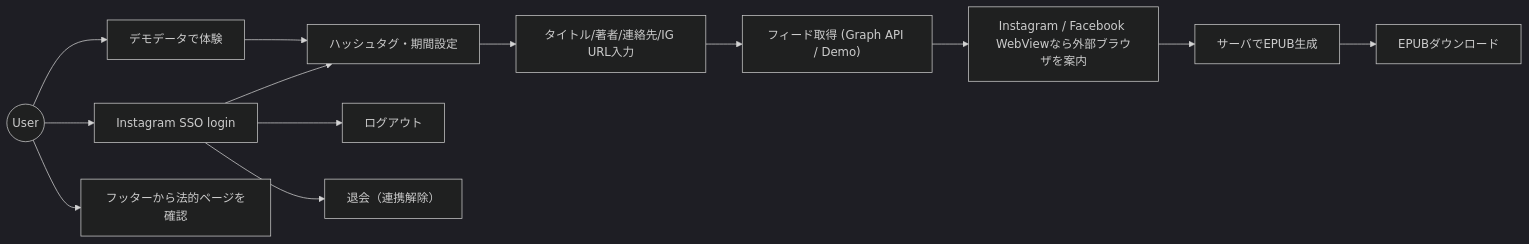
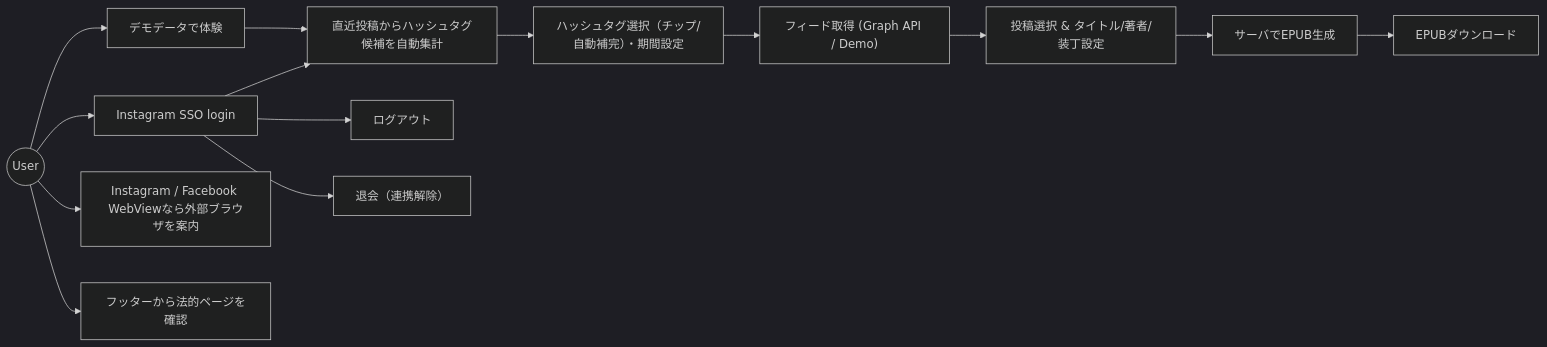
The diagram in docs/designdoc/flowchart LR.mmd (1021ky/instagram-feed-epublisher), drawn with Mermaid (dark theme) before and after one commit. The commit also changed 76 other files, not shown here.

```diff
--- a/docs/designdoc/flowchart LR.mmd
+++ b/docs/designdoc/flowchart LR.mmd
@@ -1,21 +1,22 @@
 flowchart LR
     %% @mermaid-chart
     actor((User))
     login["Instagram SSO login"]
     demo["デモデータで体験"]
-    filters["ハッシュタグ・期間設定"]
-    meta["タイトル/著者/連絡先/IG URL入力"]
+    suggestions["直近投稿からハッシュタグ候補を自動集計"]
+    filters["ハッシュタグ選択（チップ/自動補完）・期間設定"]
     fetch["フィード取得 (Graph API / Demo)"]
+    meta["投稿選択 & タイトル/著者/装丁設定"]
     banner["Instagram / Facebook WebViewなら外部ブラウザを案内"]
     build["サーバでEPUB生成"]
     download["EPUBダウンロード"]
     logout["ログアウト"]
     withdraw["退会（連携解除）"]
     legal["フッターから法的ページを確認"]
-    actor --> login --> filters
-    actor --> demo --> filters
-    fetch --> banner --> build --> download
-    filters --> meta --> fetch
+    actor --> login --> suggestions --> filters
+    actor --> demo --> suggestions
+    filters --> fetch --> meta --> build --> download
+    actor --> banner
     login --> logout
     login --> withdraw
     actor --> legal
```
